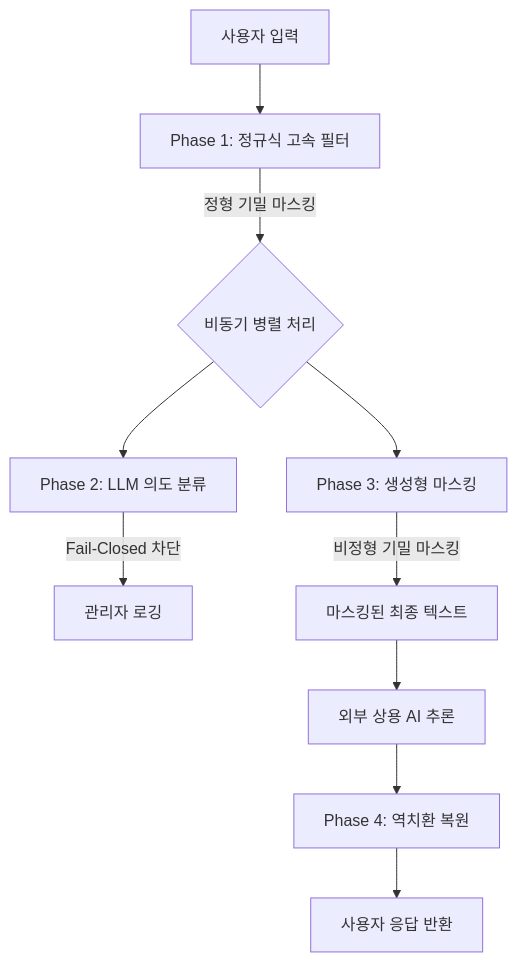
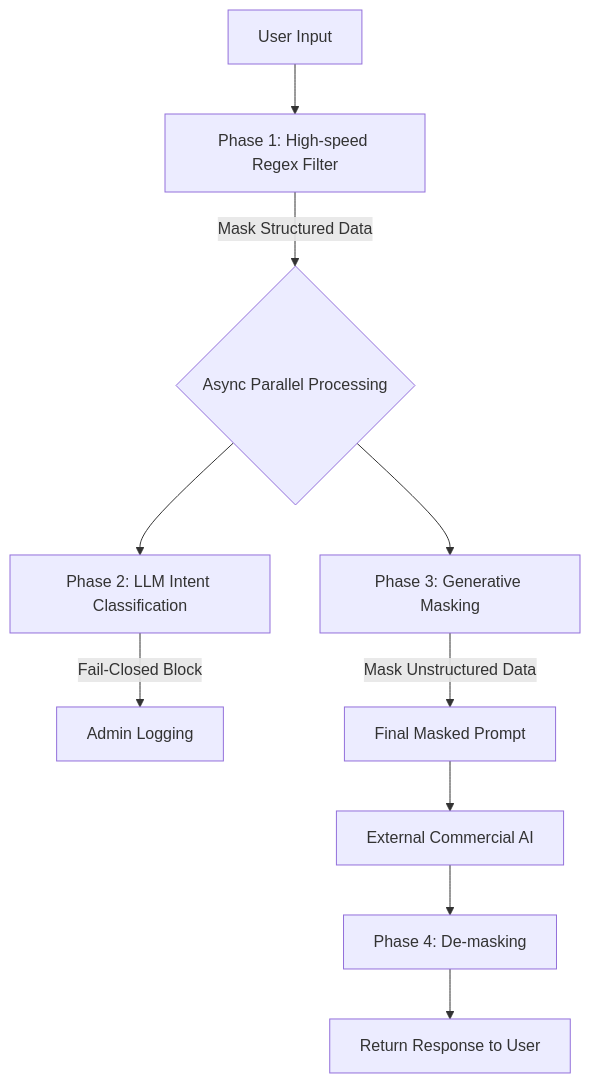
Before and after one commit to rbtjd215/LLM_Gateway_Project: the diagram in README.md, drawn with Mermaid. The commit also changed other lines of this file and 2 other files, not shown here.

````diff
--- a/README.md
+++ b/README.md
@@ -40,12 +41,12 @@
 ```mermaid
 graph TD
-    A[사용자 입력] --> B[Phase 1: 정규식 고속 필터]
-    B -->|정형 기밀 마스킹| C{비동기 병렬 처리}
-    C --> D[Phase 2: LLM 의도 분류]
-    C --> E[Phase 3: 생성형 마스킹]
-    D -->|Fail-Closed 차단| F[관리자 로깅]
-    E -->|비정형 기밀 마스킹| G[마스킹된 최종 텍스트]
-    G --> H[외부 상용 AI 추론]
-    H --> I[Phase 4: 역치환 복원]
-    I --> J[사용자 응답 반환]
+    A[User Input] --> B[Phase 1: High-speed Regex Filter]
+    B -->|Mask Structured Data| C{Async Parallel Processing}
+    C --> D[Phase 2: LLM Intent Classification]
+    C --> E[Phase 3: Generative Masking]
+    D -->|Fail-Closed Block| F[Admin Logging]
+    E -->|Mask Unstructured Data| G[Final Masked Prompt]
+    G --> H[External Commercial AI]
+    H --> I[Phase 4: De-masking]
+    I --> J[Return Response to User]
 ```
````
